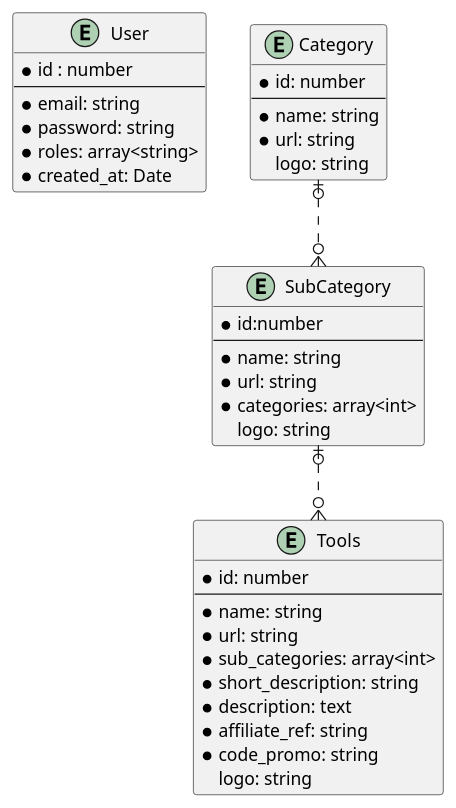
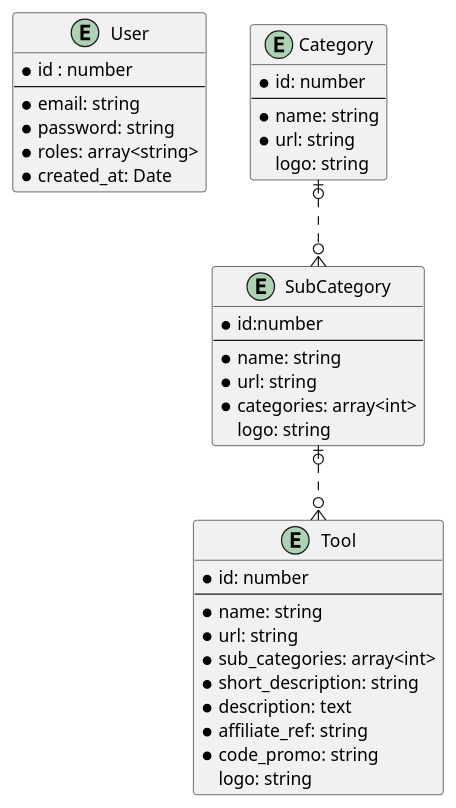
The diagram in digiwiki.iuml (AlexisChup/digiwiki), drawn with PlantUML before and after one commit. The commit also changed 30 other files, not shown here.

Commit message:
tools, entity, controller, part of fixtures & front

```diff
--- a/digiwiki.iuml
+++ b/digiwiki.iuml
@@ -1,43 +1,43 @@
 @startuml
 entity User {
   *id : number
   --
   *email: string
   *password: string
   *roles: array<string>
   *created_at: Date
 }
 
 entity "Category" as c01 {
   *id: number
   --
   *name: string
   *url: string
   logo: string
 }
 
 entity "SubCategory" as sc02 {
   *id:number
   --
   *name: string
   *url: string
   *categories: array<int>
   logo: string
 }
 
-entity "Tools" as t03 {
+entity "Tool" as t03 {
   *id: number
   --
   *name: string
   *url: string
   *sub_categories: array<int>
   *short_description: string
   *description: text
   *affiliate_ref: string
   *code_promo: string
   logo: string
 }
 
 c01 |o..o{  sc02
 sc02 |o..o{  t03
 @enduml
```
